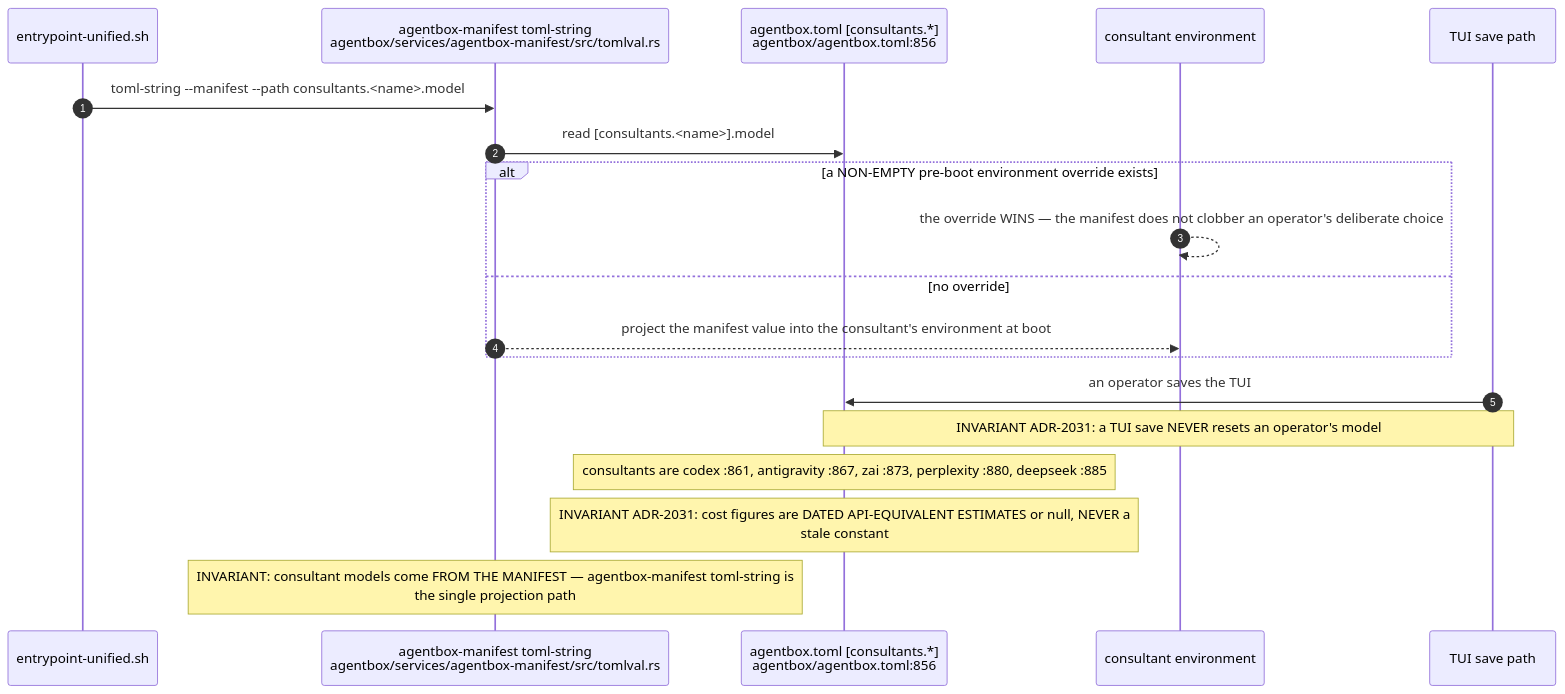
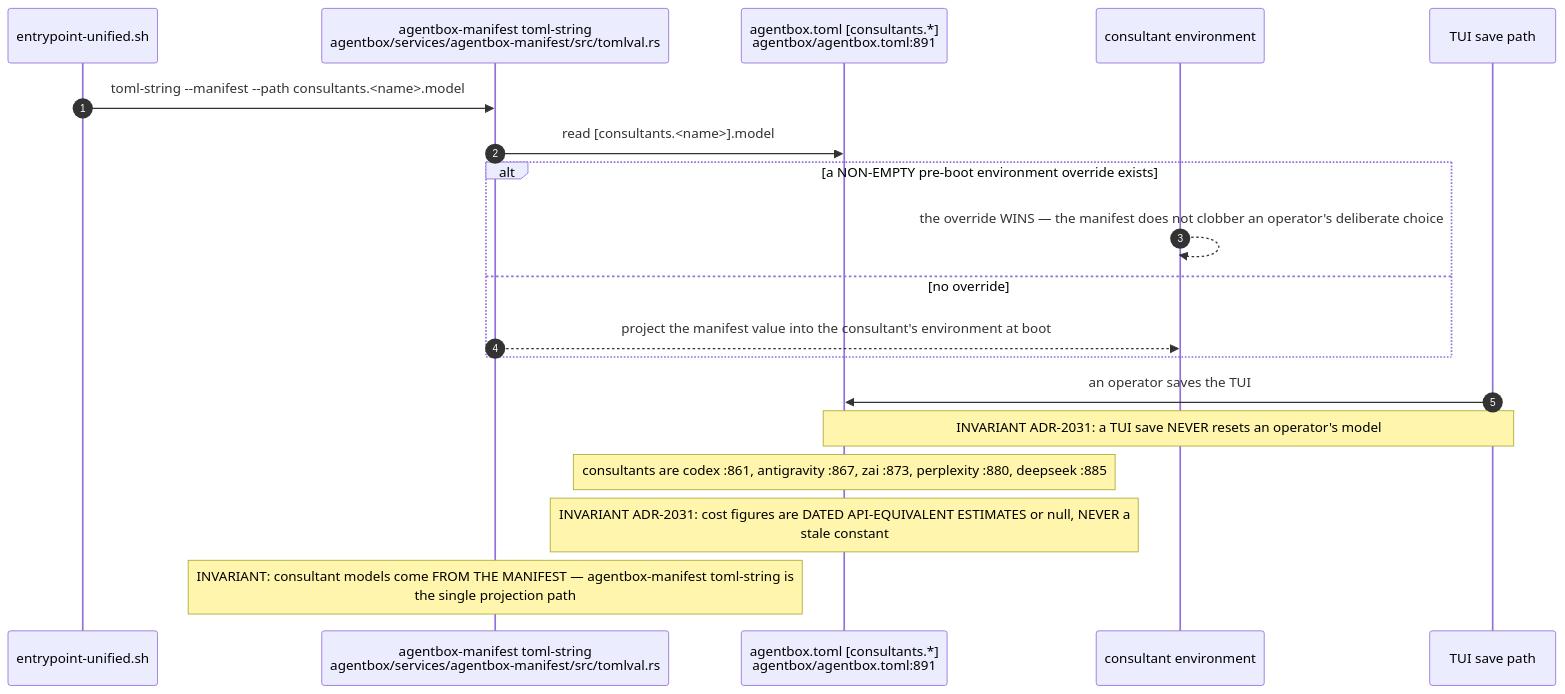
The third of 9 diagrams in docs/diagrams/agentbox/28-agentbox-services-and-manifest-binary.md (DreamLab-AI/AR-AI-Knowledge-Graph), drawn with Mermaid before and after one commit. The commit also changed other lines of this file and 73 other files, not shown here.

First line of the commit message:
docs(diagrams): re-verify all 71 topic files against HEAD; add --cite-check

````diff
--- a/docs/diagrams/agentbox/28-agentbox-services-and-manifest-binary.md
+++ b/docs/diagrams/agentbox/28-agentbox-services-and-manifest-binary.md
@@ -162,22 +162,22 @@
 ```mermaid
 sequenceDiagram
     autonumber
     participant EP as entrypoint-unified.sh
     participant BIN as agentbox-manifest toml-string<br/>agentbox/services/agentbox-manifest/src/tomlval.rs
-    participant TOML as agentbox.toml [consultants.*]<br/>agentbox/agentbox.toml:856
+    participant TOML as agentbox.toml [consultants.*]<br/>agentbox/agentbox.toml:891
     participant ENV as consultant environment
     participant TUI as TUI save path
 
     EP->>BIN: toml-string --manifest --path consultants.<name>.model
     BIN->>TOML: read [consultants.<name>].model
     alt a NON-EMPTY pre-boot environment override exists
         ENV-->>ENV: the override WINS — the manifest does not clobber an operator's deliberate choice
     else no override
         BIN-->>ENV: project the manifest value into the consultant's environment at boot
     end
     TUI->>TOML: an operator saves the TUI
     Note over TUI,TOML: INVARIANT ADR-2031: a TUI save NEVER resets an operator's model
     Note over TOML: consultants are codex :861, antigravity :867, zai :873, perplexity :880, deepseek :885
     Note over TOML: INVARIANT ADR-2031: cost figures are DATED API-EQUIVALENT ESTIMATES or null, NEVER a<br/>stale constant
     Note over BIN: INVARIANT: consultant models come FROM THE MANIFEST — agentbox-manifest toml-string is<br/>the single projection path
 ```
````
